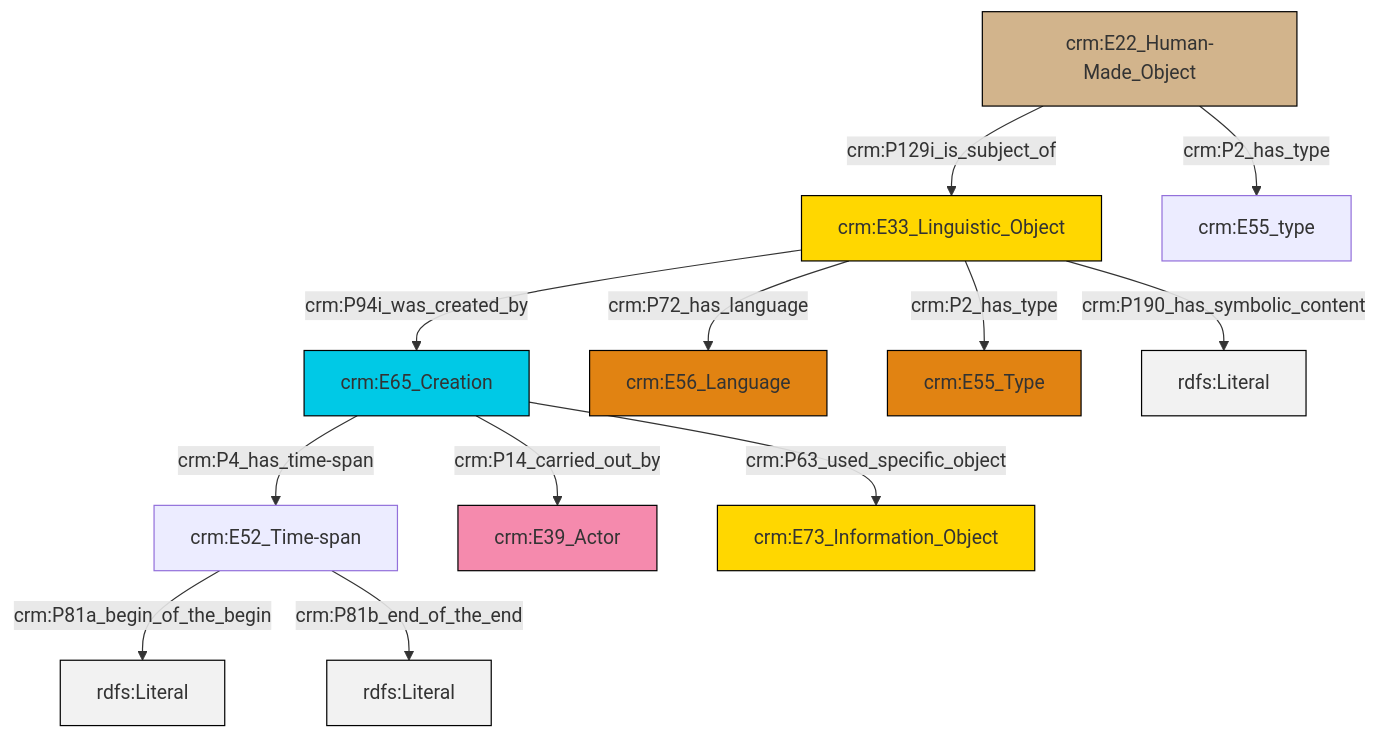
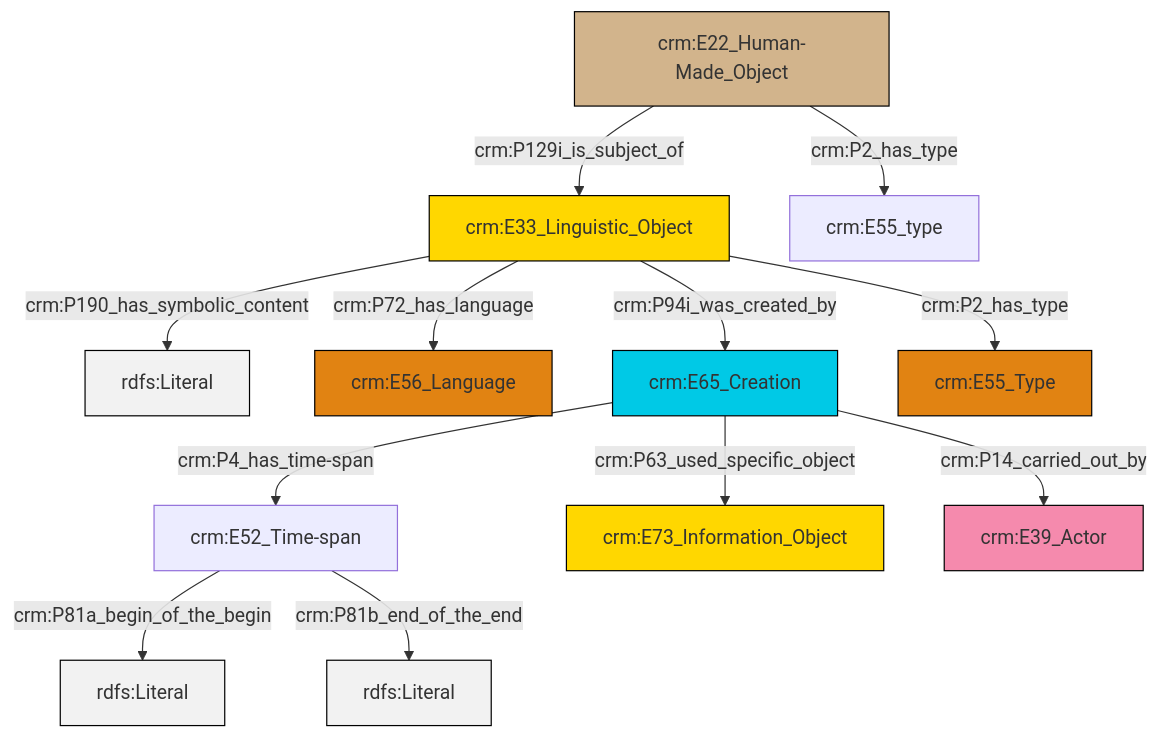
The diagram in et/builtWorkCSV/ttl/mmd/Built_Work_description.ttl.mmd (swiss-art-research-net/reference-data-models), drawn with Mermaid before and after one commit. The commit also changed 152 other files, not shown here.

```diff
--- a/et/builtWorkCSV/ttl/mmd/Built_Work_description.ttl.mmd
+++ b/et/builtWorkCSV/ttl/mmd/Built_Work_description.ttl.mmd
@@ -1,26 +1,26 @@
 graph TD
 classDef Literal fill:#f2f2f2,stroke:#000000;
 classDef CRM_Entity fill:#FFFFFF,stroke:#000000;
 classDef Temporal_Entity fill:#00C9E6, stroke:#000000;
 classDef Type fill:#E18312, stroke:#000000;
 classDef Time-Span fill:#2C9C91, stroke:#000000;
 classDef Appellation fill:#FFEB7F, stroke:#000000;
 classDef Place fill:#008836, stroke:#000000;
 classDef Persistent_Item fill:#B266B2, stroke:#000000;
 classDef Conceptual_Object fill:#FFD700, stroke:#000000;
 classDef Physical_Thing fill:#D2B48C, stroke:#000000;
 classDef Actor fill:#f58aad, stroke:#000000;
 classDef PC_Classes fill:#4ce600, stroke:#000000;
 classDef Multi fill:#cccccc,stroke:#000000;
 
-2["crm:E65_Creation"]:::Temporal_Entity -->|crm:P14_carried_out_by| 3["crm:E39_Actor"]:::Actor
-6["crm:E33_Linguistic_Object"]:::Conceptual_Object -->|crm:P72_has_language| 7["crm:E56_Language"]:::Type
-9["crm:E22_Human-Made_Object"]:::Physical_Thing -->|crm:P2_has_type| 10["crm:E55_type"]:::Default
-6["crm:E33_Linguistic_Object"]:::Conceptual_Object -->|crm:P2_has_type| 13["crm:E55_Type"]:::Type
-0["crm:E52_Time-span"]:::Default -->|crm:P81a_begin_of_the_begin| 14[rdfs:Literal]:::Literal
-2["crm:E65_Creation"]:::Temporal_Entity -->|crm:P63_used_specific_object| 4["crm:E73_Information_Object"]:::Conceptual_Object
-6["crm:E33_Linguistic_Object"]:::Conceptual_Object -->|crm:P190_has_symbolic_content| 16[rdfs:Literal]:::Literal
-6["crm:E33_Linguistic_Object"]:::Conceptual_Object -->|crm:P94i_was_created_by| 2["crm:E65_Creation"]:::Temporal_Entity
-9["crm:E22_Human-Made_Object"]:::Physical_Thing -->|crm:P129i_is_subject_of| 6["crm:E33_Linguistic_Object"]:::Conceptual_Object
-2["crm:E65_Creation"]:::Temporal_Entity -->|crm:P4_has_time-span| 0["crm:E52_Time-span"]:::Default
-0["crm:E52_Time-span"]:::Default -->|crm:P81b_end_of_the_end| 20[rdfs:Literal]:::Literal
+0["crm:E33_Linguistic_Object"]:::Conceptual_Object -->|crm:P190_has_symbolic_content| 1[rdfs:Literal]:::Literal
+2["crm:E52_Time-span"]:::Default -->|crm:P81a_begin_of_the_begin| 3[rdfs:Literal]:::Literal
+0["crm:E33_Linguistic_Object"]:::Conceptual_Object -->|crm:P94i_was_created_by| 6["crm:E65_Creation"]:::Temporal_Entity
+7["crm:E22_Human-Made_Object"]:::Physical_Thing -->|crm:P2_has_type| 8["crm:E55_type"]:::Default
+7["crm:E22_Human-Made_Object"]:::Physical_Thing -->|crm:P129i_is_subject_of| 0["crm:E33_Linguistic_Object"]:::Conceptual_Object
+2["crm:E52_Time-span"]:::Default -->|crm:P81b_end_of_the_end| 11[rdfs:Literal]:::Literal
+6["crm:E65_Creation"]:::Temporal_Entity -->|crm:P4_has_time-span| 2["crm:E52_Time-span"]:::Default
+6["crm:E65_Creation"]:::Temporal_Entity -->|crm:P63_used_specific_object| 9["crm:E73_Information_Object"]:::Conceptual_Object
+0["crm:E33_Linguistic_Object"]:::Conceptual_Object -->|crm:P2_has_type| 13["crm:E55_Type"]:::Type
+6["crm:E65_Creation"]:::Temporal_Entity -->|crm:P14_carried_out_by| 14["crm:E39_Actor"]:::Actor
+0["crm:E33_Linguistic_Object"]:::Conceptual_Object -->|crm:P72_has_language| 4["crm:E56_Language"]:::Type
```
